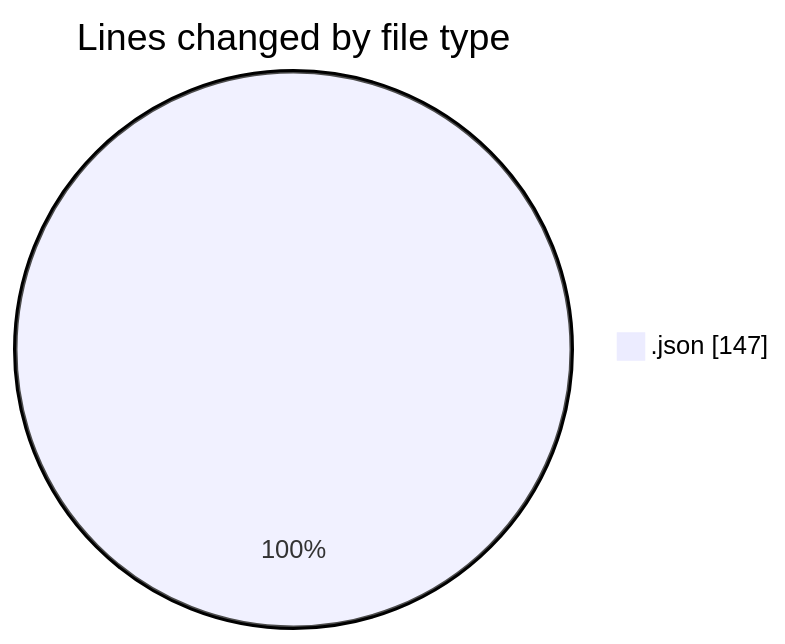
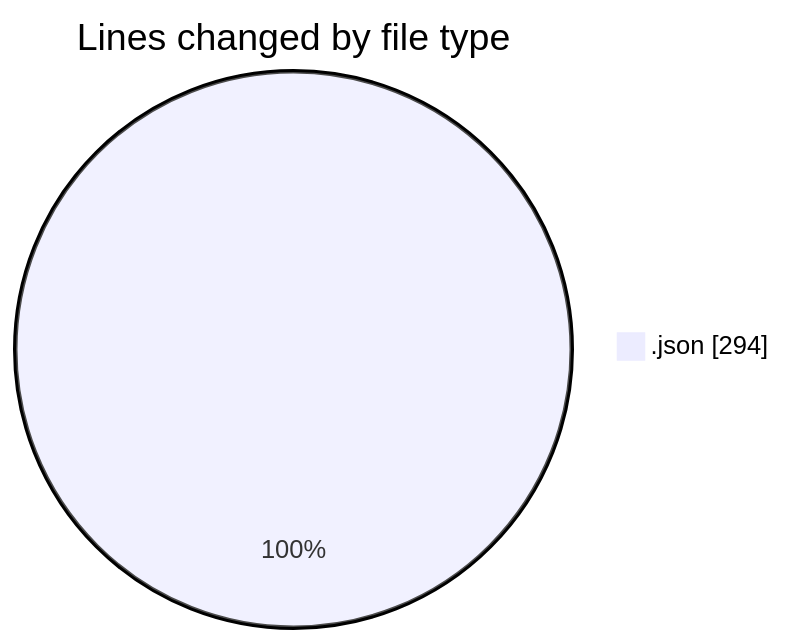
Before and after one commit to yexinjia/code-tracking: the first of 2 diagrams in 2026-09-27/mono-test/README.md, drawn with Mermaid. The commit also changed other lines of this file and 1 other file, not shown here.

````diff
--- a/2026-09-27/mono-test/README.md
+++ b/2026-09-27/mono-test/README.md
@@ -20,5 +20,5 @@
 ```mermaid
 pie showData
 title Lines changed by file type
-".json" : 147
+".json" : 294
 ```
````
